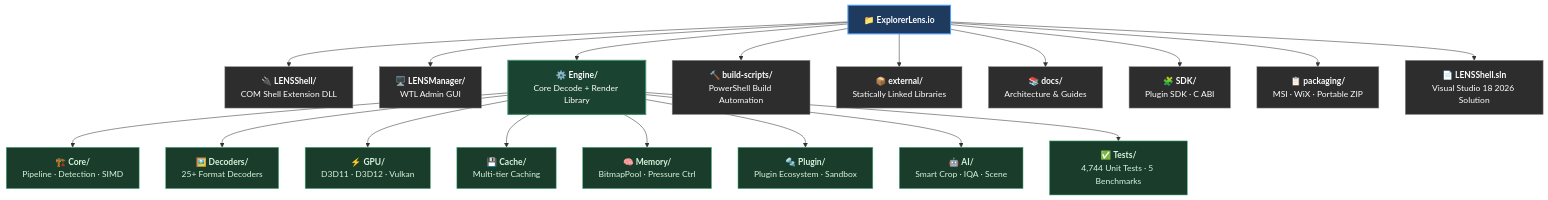
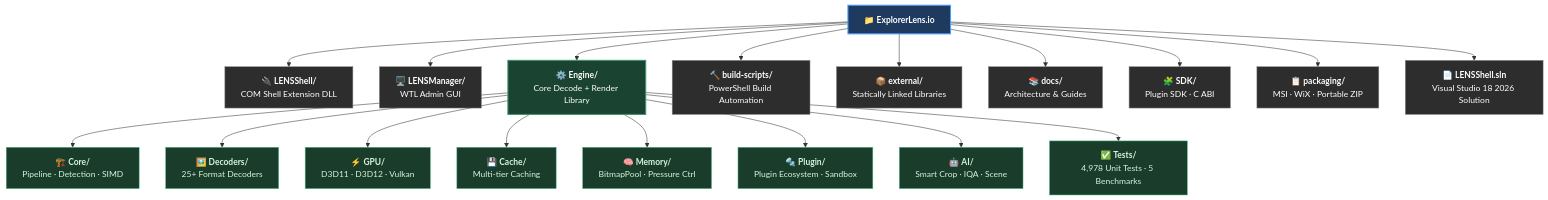
Before and after one commit to RajwanYair/ExplorerLens.io: the diagram in README.md, drawn with Mermaid. The commit also changed other lines of this file and 1 other file, not shown here.

````diff
--- a/README.md
+++ b/README.md
@@ -252,42 +252,42 @@
 ```mermaid
 graph TD
     ROOT["📁 <b>ExplorerLens.io</b>"]
 
     ROOT --> SHELL["🔌 <b>LENSShell/</b><br/>COM Shell Extension DLL"]
     ROOT --> MGR["🖥️ <b>LENSManager/</b><br/>WTL Admin GUI"]
     ROOT --> ENG["⚙️ <b>Engine/</b><br/>Core Decode + Render Library"]
     ROOT --> BS["🔨 <b>build-scripts/</b><br/>PowerShell Build Automation"]
     ROOT --> EXT["📦 <b>external/</b><br/>Statically Linked Libraries"]
     ROOT --> DOCS["📚 <b>docs/</b><br/>Architecture &amp; Guides"]
     ROOT --> SDK["🧩 <b>SDK/</b><br/>Plugin SDK · C ABI"]
     ROOT --> PKG["📋 <b>packaging/</b><br/>MSI · WiX · Portable ZIP"]
     ROOT --> SLN["📄 <b>LENSShell.sln</b><br/>Visual Studio 18 2026 Solution"]
 
     ENG --> CORE["🏗️ <b>Core/</b><br/>Pipeline · Detection · SIMD"]
     ENG --> DEC["🖼️ <b>Decoders/</b><br/>25+ Format Decoders"]
     ENG --> GPU["⚡ <b>GPU/</b><br/>D3D11 · D3D12 · Vulkan"]
     ENG --> CACHE["💾 <b>Cache/</b><br/>Multi-tier Caching"]
     ENG --> MEM["🧠 <b>Memory/</b><br/>BitmapPool · Pressure Ctrl"]
     ENG --> PLUGIN["🔩 <b>Plugin/</b><br/>Plugin Ecosystem · Sandbox"]
     ENG --> AI["🤖 <b>AI/</b><br/>Smart Crop · IQA · Scene"]
-    ENG --> TESTS["✅ <b>Tests/</b><br/>4,744 Unit Tests · 5 Benchmarks"]
+    ENG --> TESTS["✅ <b>Tests/</b><br/>4,978 Unit Tests · 5 Benchmarks"]
 
     style ROOT fill:#1e3a5f,color:#fff,stroke:#4a9eff,stroke-width:2px
     style ENG  fill:#1b4332,color:#fff,stroke:#40916c,stroke-width:2px
     style SHELL fill:#2d2d2d,color:#fff,stroke:#888
     style MGR   fill:#2d2d2d,color:#fff,stroke:#888
     style BS    fill:#2d2d2d,color:#fff,stroke:#888
     style EXT   fill:#2d2d2d,color:#fff,stroke:#888
     style DOCS  fill:#2d2d2d,color:#fff,stroke:#888
     style SDK   fill:#2d2d2d,color:#fff,stroke:#888
     style PKG   fill:#2d2d2d,color:#fff,stroke:#888
     style SLN   fill:#2d2d2d,color:#fff,stroke:#888
     style CORE   fill:#1a3d2b,color:#d8f3dc,stroke:#52b788
     style DEC    fill:#1a3d2b,color:#d8f3dc,stroke:#52b788
     style GPU    fill:#1a3d2b,color:#d8f3dc,stroke:#52b788
     style CACHE  fill:#1a3d2b,color:#d8f3dc,stroke:#52b788
     style MEM    fill:#1a3d2b,color:#d8f3dc,stroke:#52b788
     style PLUGIN fill:#1a3d2b,color:#d8f3dc,stroke:#52b788
     style AI     fill:#1a3d2b,color:#d8f3dc,stroke:#52b788
     style TESTS  fill:#1a3d2b,color:#d8f3dc,stroke:#52b788
 ```
````
